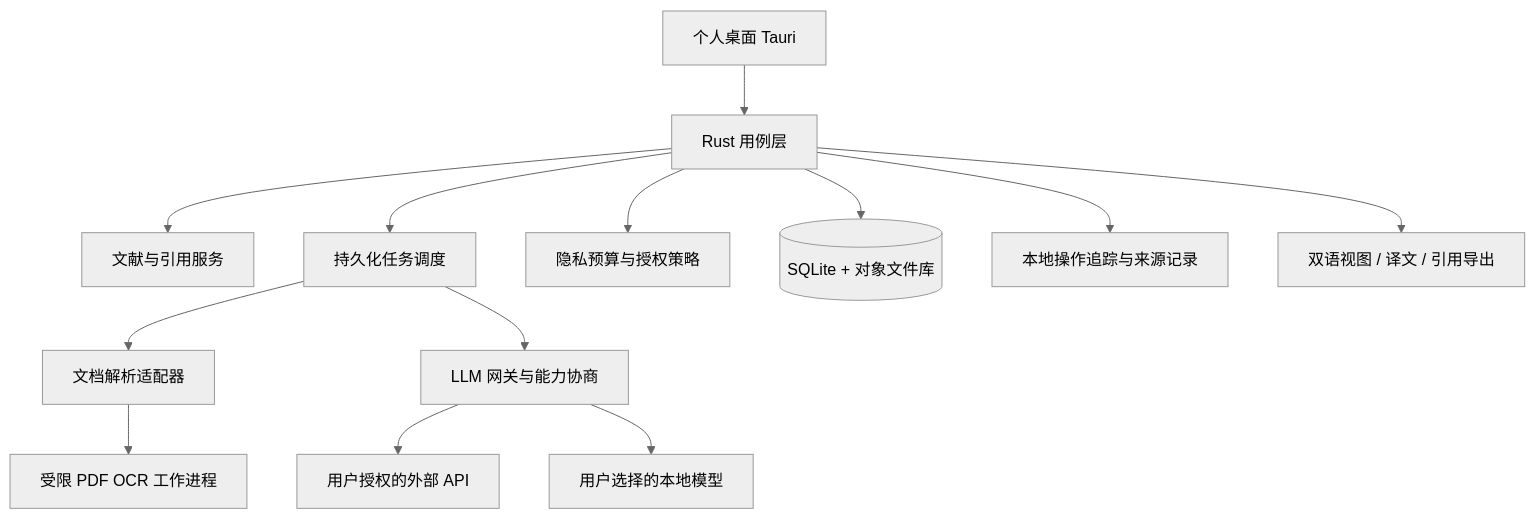
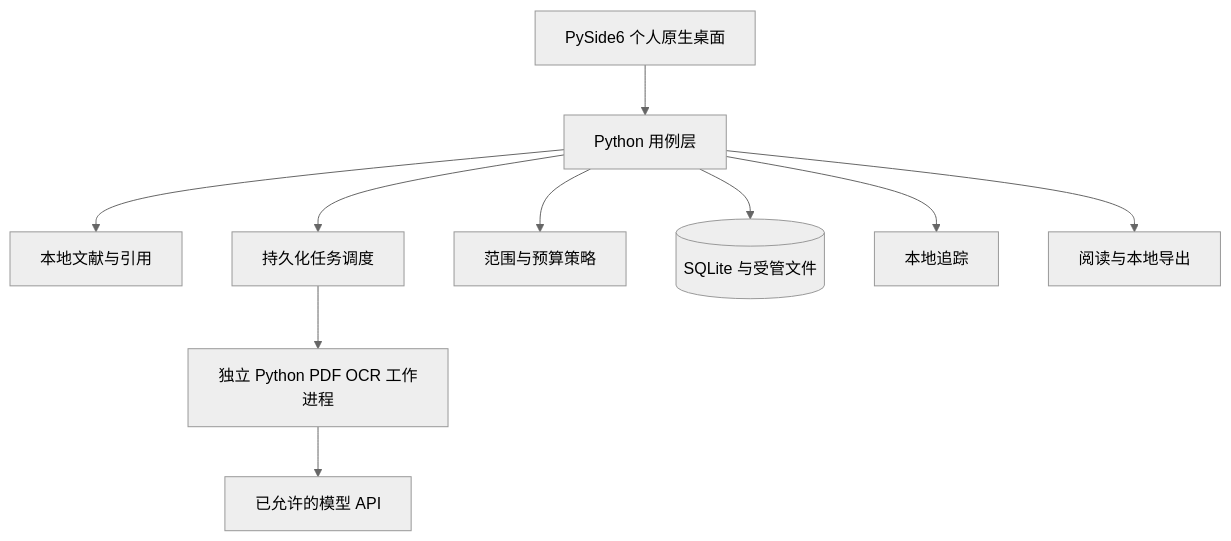
One commit to Kelvin-LH/PolyScholar changed the diagram in docs/03-architecture.md. Above: the diagram before and after it, drawn with Mermaid (neutral theme). The commit also changed other lines of this file and 40 other files, not shown here.

Commit message:
Replace Rust prototype with native Python desktop MVP and bundled runtime tooling

````diff
--- a/docs/03-architecture.md
+++ b/docs/03-architecture.md
@@ -25,15 +30,12 @@
 ```mermaid
 flowchart TD
-  UI[个人桌面 Tauri] --> APP[Rust 用例层]
-  APP --> LIB[文献与引用服务]
+  UI[PySide6 个人原生桌面] --> APP[Python 用例层]
+  APP --> LIB[本地文献与引用]
   APP --> JOB[持久化任务调度]
-  APP --> POL[隐私预算与授权策略]
-  JOB --> DOC[文档解析适配器]
-  DOC --> WORKER[受限 PDF OCR 工作进程]
-  JOB --> LLM[LLM 网关与能力协商]
-  LLM --> REMOTE[用户授权的外部 API]
-  LLM --> LOCAL[用户选择的本地模型]
-  APP --> DB[(SQLite + 对象文件库)]
-  APP --> AUD[本地操作追踪与来源记录]
-  APP --> EXP[双语视图 / 译文 / 引用导出]
+  APP --> POL[范围与预算策略]
+  JOB --> WORKER[独立 Python PDF OCR 工作进程]
+  WORKER --> LLM[已允许的模型 API]
+  APP --> DB[(SQLite 与受管文件)]
+  APP --> AUD[本地追踪]
+  APP --> EXP[阅读与本地导出]
 ```
````
